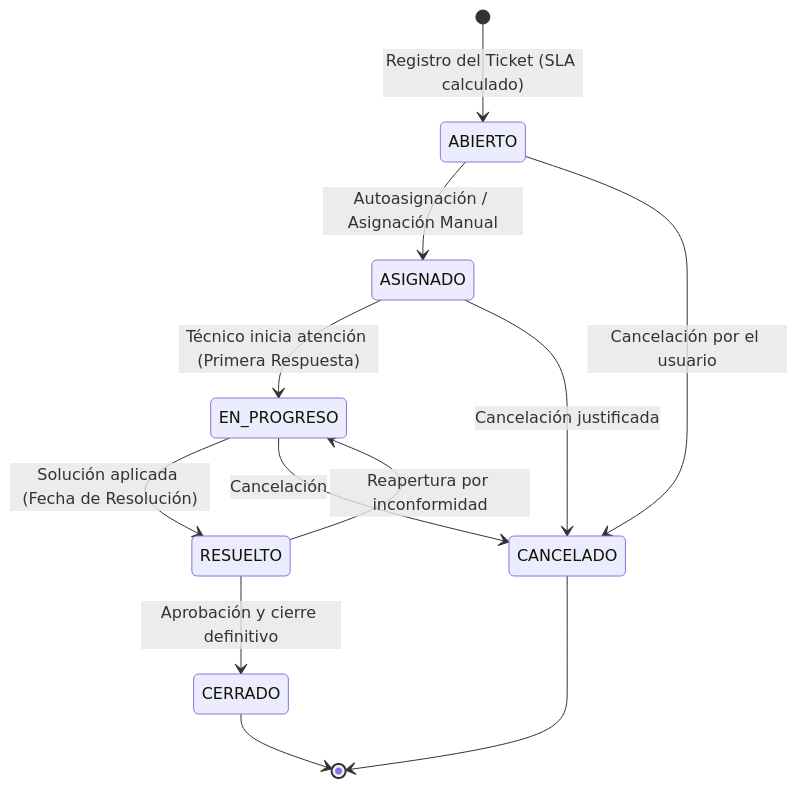
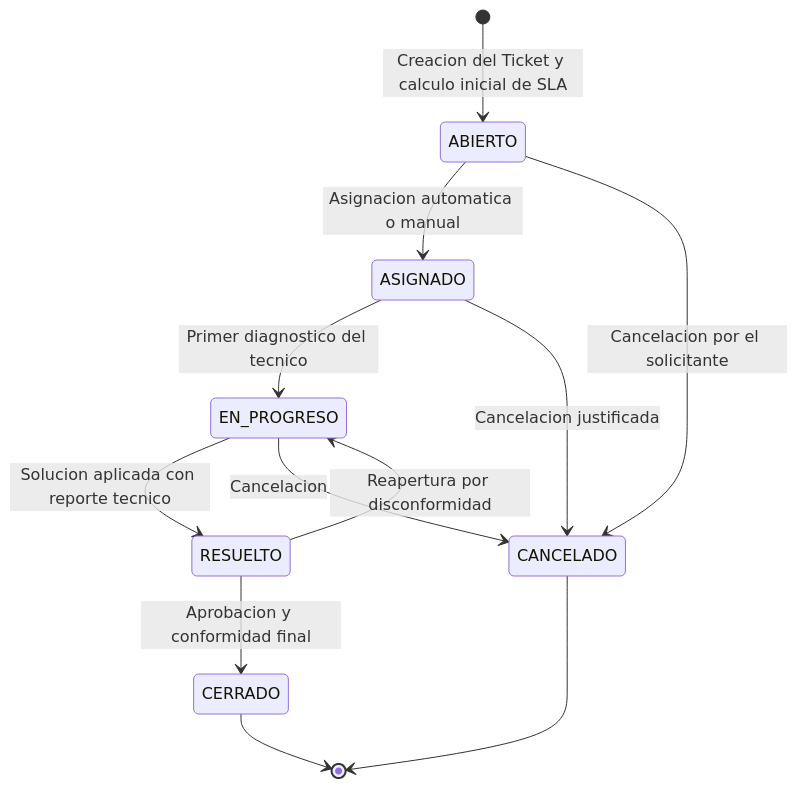
Before and after one commit to YamitGC/helpflow: the second of 2 diagrams in README.md, drawn with Mermaid. The commit also changed other lines of this file and 2 other files, not shown here.

````diff
--- a/README.md
+++ b/README.md
@@ -69,14 +326,14 @@
 ```mermaid
 stateDiagram-v2
-    [*] --> ABIERTO: Registro del Ticket (SLA calculado)
-    ABIERTO --> ASIGNADO: Autoasignación / Asignación Manual
-    ABIERTO --> CANCELADO: Cancelación por el usuario
-    ASIGNADO --> EN_PROGRESO: Técnico inicia atención (Primera Respuesta)
-    ASIGNADO --> CANCELADO: Cancelación justificada
-    EN_PROGRESO --> RESUELTO: Solución aplicada (Fecha de Resolución)
-    EN_PROGRESO --> CANCELADO: Cancelación
-    RESUELTO --> CERRADO: Aprobación y cierre definitivo
-    RESUELTO --> EN_PROGRESO: Reapertura por inconformidad
+    [*] --> ABIERTO: Creacion del Ticket y calculo inicial de SLA
+    ABIERTO --> ASIGNADO: Asignacion automatica o manual
+    ABIERTO --> CANCELADO: Cancelacion por el solicitante
+    ASIGNADO --> EN_PROGRESO: Primer diagnostico del tecnico
+    ASIGNADO --> CANCELADO: Cancelacion justificada
+    EN_PROGRESO --> RESUELTO: Solucion aplicada con reporte tecnico
+    EN_PROGRESO --> CANCELADO: Cancelacion
+    RESUELTO --> CERRADO: Aprobacion y conformidad final
+    RESUELTO --> EN_PROGRESO: Reapertura por disconformidad
     CERRADO --> [*]
     CANCELADO --> [*]
 ```
````
